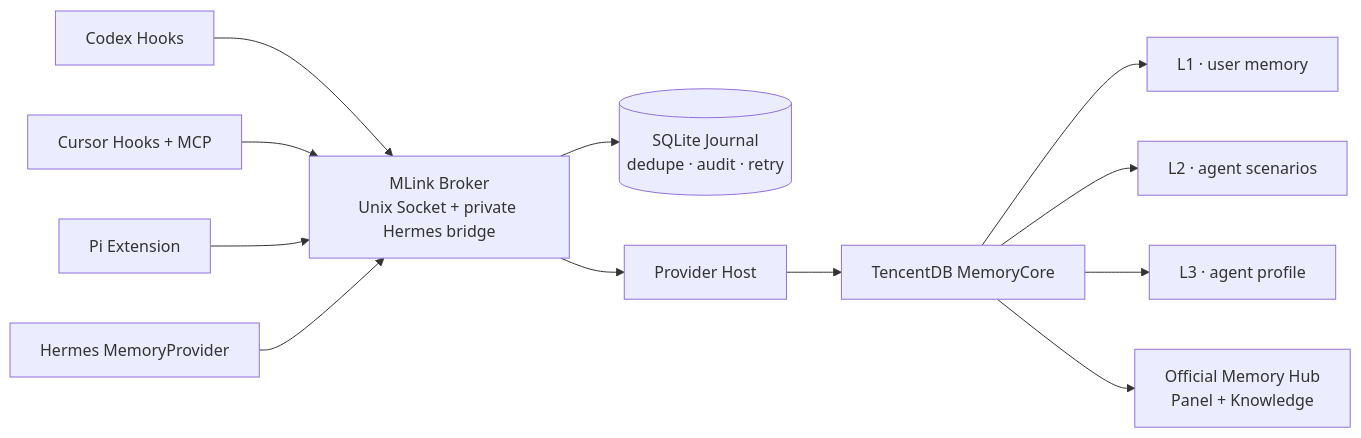
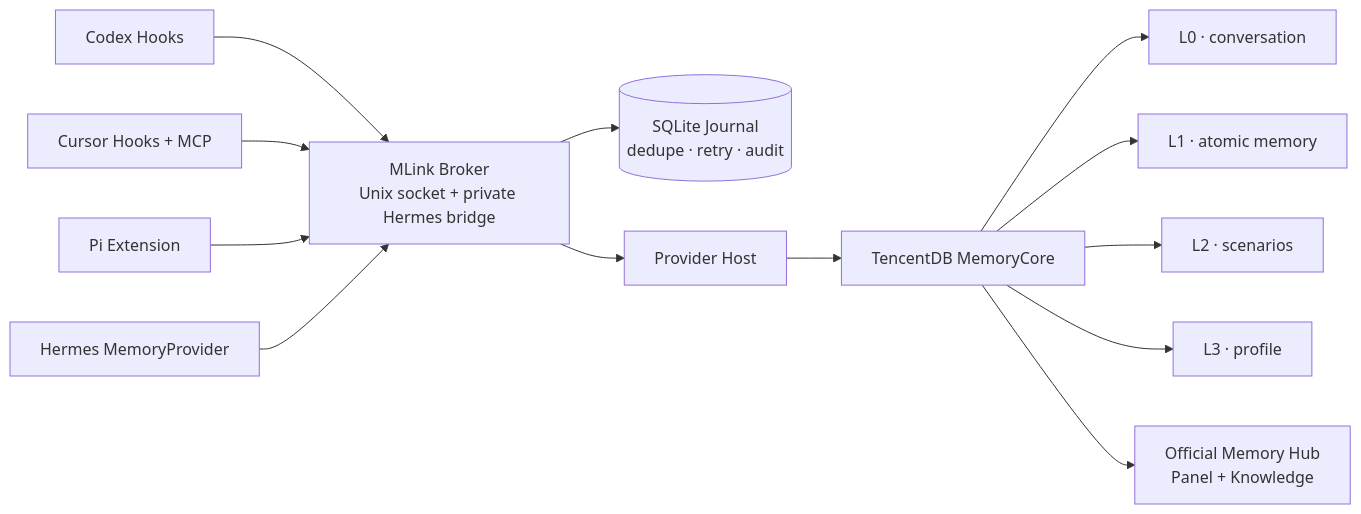
One commit to Chenkeliang/mlink changed the diagram in README.md. Above: the diagram before and after it, drawn with Mermaid. The commit also changed other lines of this file and 4 other files, not shown here.

````diff
--- a/README.md
+++ b/README.md
@@ -48,16 +74,17 @@
 ```mermaid
 flowchart LR
     C[Codex Hooks] --> B
     U[Cursor Hooks + MCP] --> B
     P[Pi Extension] --> B
     H[Hermes MemoryProvider] --> B
 
-    B[MLink Broker<br/>Unix Socket + private Hermes bridge]
-    B --> J[(SQLite Journal<br/>dedupe · audit · retry)]
+    B[MLink Broker<br/>Unix socket + private Hermes bridge]
+    B --> J[(SQLite Journal<br/>dedupe · retry · audit)]
     B --> R[Provider Host]
     R --> M[TencentDB MemoryCore]
-    M --> L1[L1 · user memory]
-    M --> L2[L2 · agent scenarios]
-    M --> L3[L3 · agent profile]
+    M --> L0[L0 · conversation]
+    M --> L1[L1 · atomic memory]
+    M --> L2[L2 · scenarios]
+    M --> L3[L3 · profile]
     M --> HUB[Official Memory Hub<br/>Panel + Knowledge]
 ```
````
